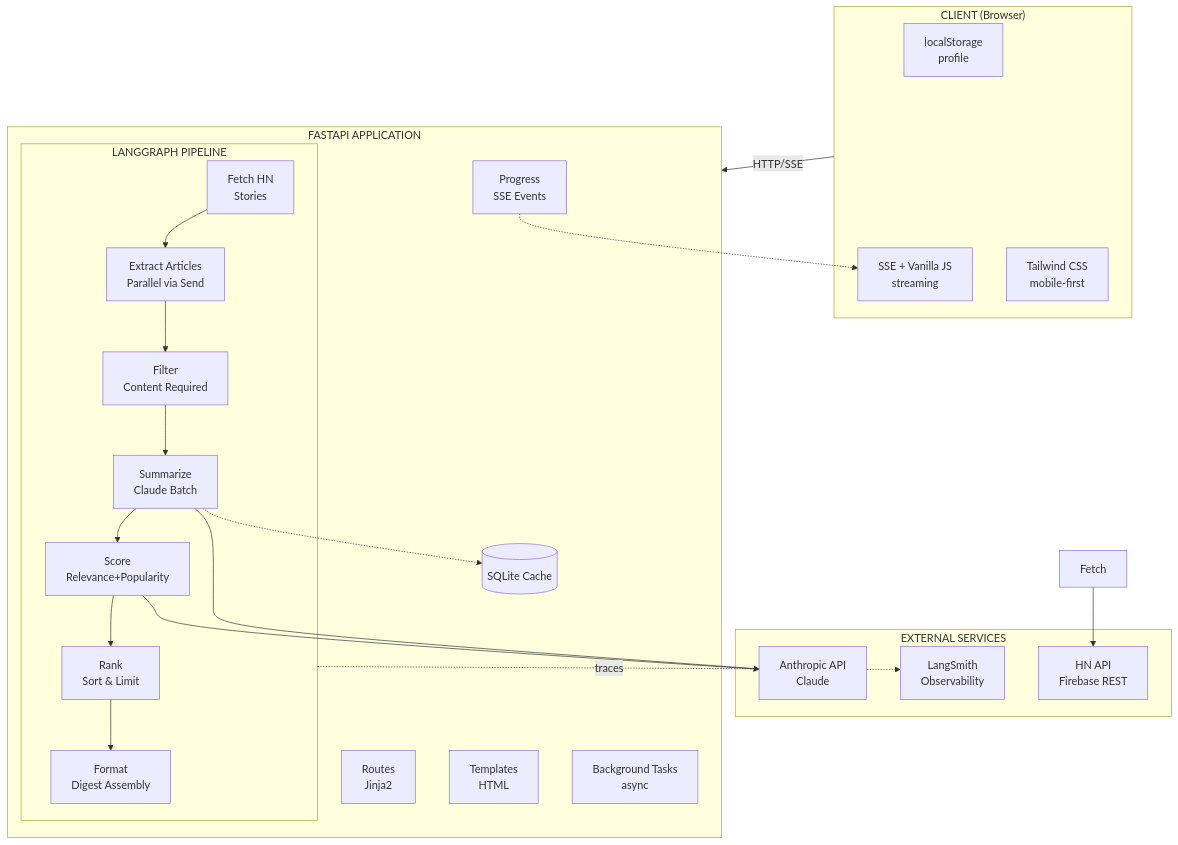
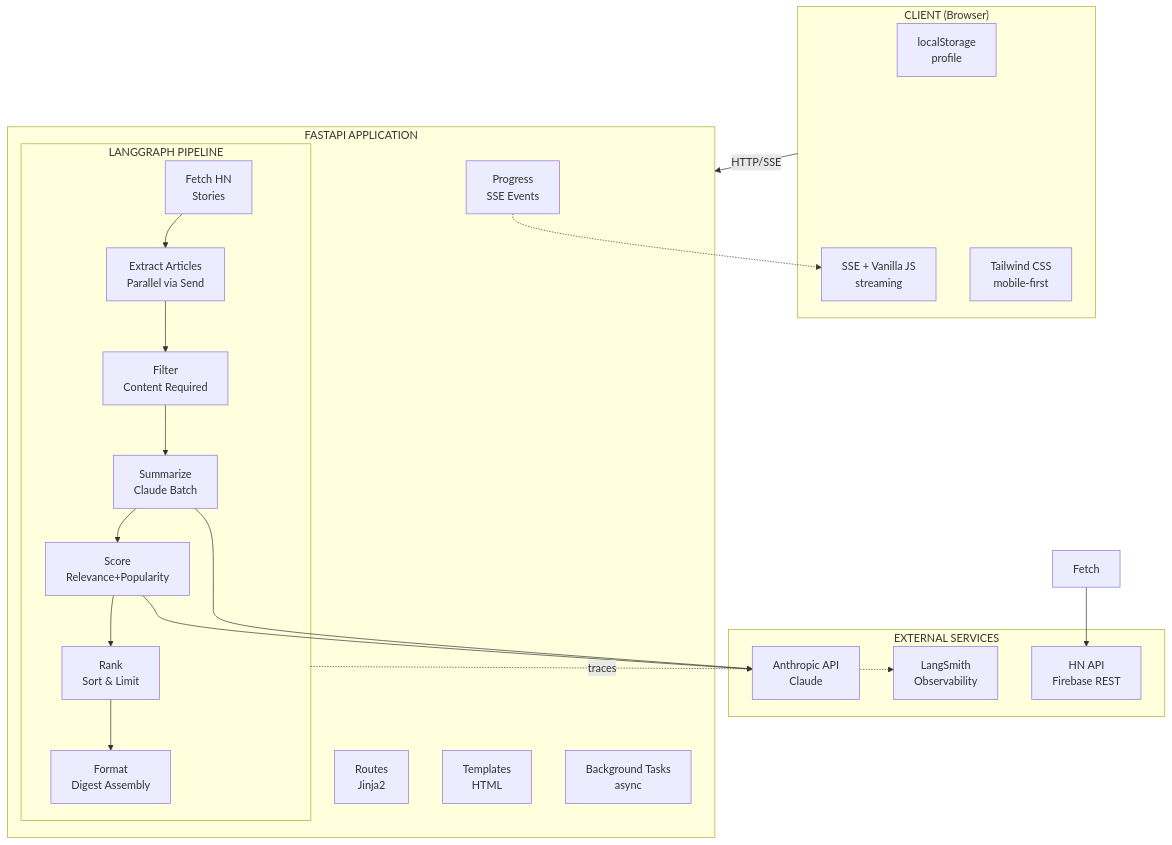
One commit to darth-dodo/hn-herald changed the first of 5 diagrams in docs/architecture.md. Above: the diagram before and after it, drawn with Mermaid. The commit also changed other lines of this file and 17 other files, not shown here.

````diff
--- a/docs/architecture.md
+++ b/docs/architecture.md
@@ -32,39 +32,37 @@
 ```mermaid
 graph TB
     subgraph Browser["CLIENT (Browser)"]
         LocalS[localStorage<br/>profile]
         SSE[SSE + Vanilla JS<br/>streaming]
         TW[Tailwind CSS<br/>mobile-first]
     end
 
     subgraph FastAPI["FASTAPI APPLICATION"]
         Routes[Routes<br/>Jinja2]
         Templates[Templates<br/>HTML]
         Tasks[Background Tasks<br/>async]
-        Cache[(SQLite Cache)]
 
         subgraph Pipeline["LANGGRAPH PIPELINE"]
             FetchHN[Fetch HN<br/>Stories] --> FetchArticle[Extract Articles<br/>Parallel via Send]
             FetchArticle --> Filter[Filter<br/>Content Required]
             Filter --> Summarize[Summarize<br/>Claude Batch]
             Summarize --> Score[Score<br/>Relevance+Popularity]
             Score --> Rank[Rank<br/>Sort & Limit]
             Rank --> Format[Format<br/>Digest Assembly]
         end
 
         Callbacks[Progress<br/>SSE Events] -.-> SSE
     end
 
     subgraph External["EXTERNAL SERVICES"]
         HN[HN API<br/>Firebase REST]
         Claude[Anthropic API<br/>Claude]
         LangSmith[LangSmith<br/>Observability]
     end
 
     Browser -->|HTTP/SSE| FastAPI
     Fetch --> HN
     Summarize --> Claude
-    Summarize -.-> Cache
     Score --> Claude
     Pipeline -.->|traces| LangSmith
 ```
````
